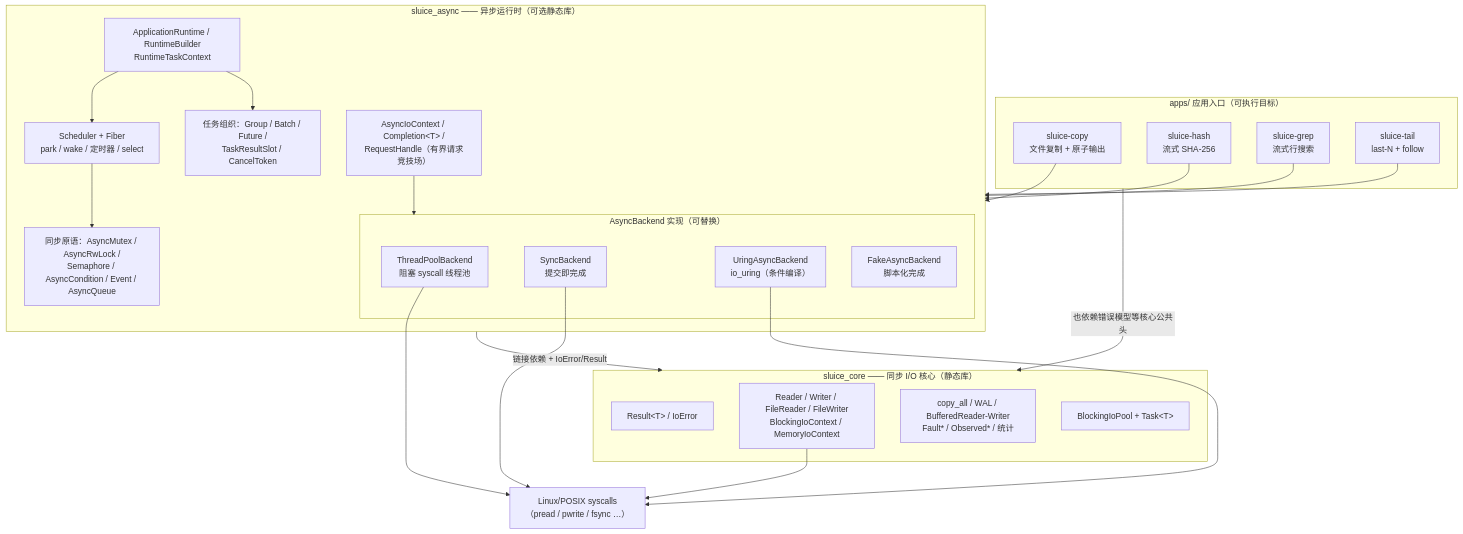
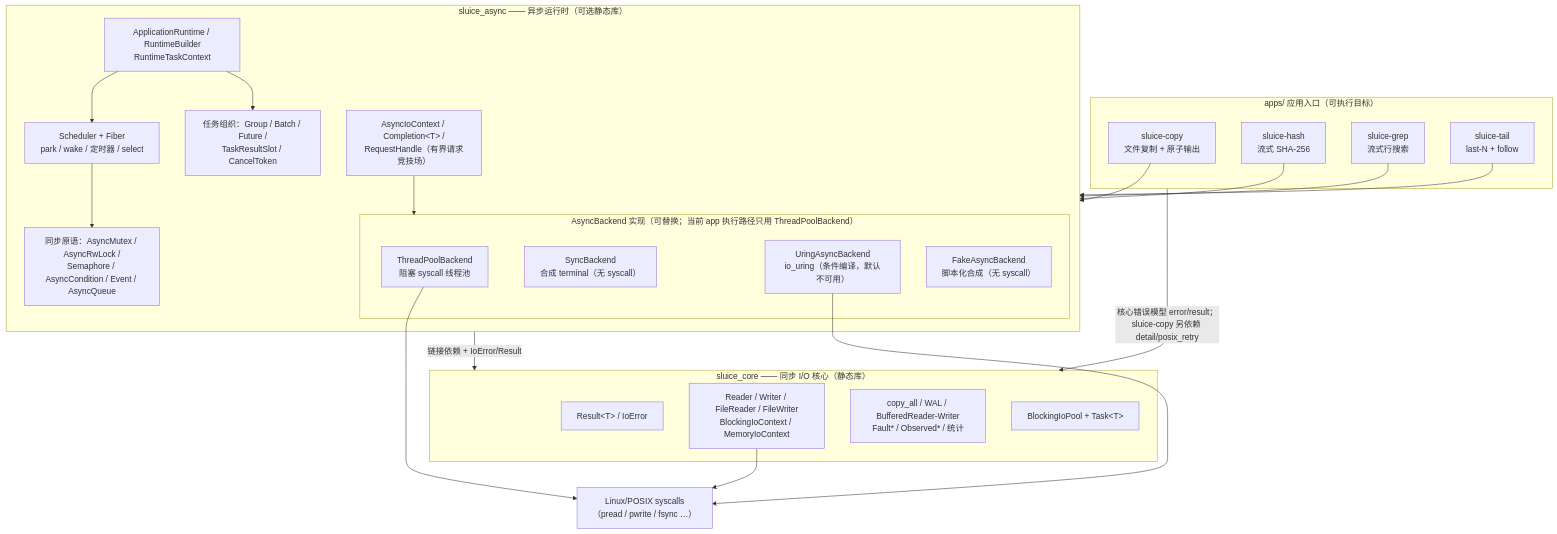
One commit to jnhu76/Sluice changed the first of 2 diagrams in docs/architecture.md. Above: the diagram before and after it, drawn with Mermaid. The commit also changed other lines of this file, not shown here.

Commit message:
docs: correct reconstructed architecture facts

````diff
--- a/docs/architecture.md
+++ b/docs/architecture.md
@@ -42,47 +42,46 @@
 ```mermaid
 graph TD
     subgraph APPS["apps/ 应用入口（可执行目标）"]
         COPY["sluice-copy<br/>文件复制 + 原子输出"]
         HASH["sluice-hash<br/>流式 SHA-256"]
         GREP["sluice-grep<br/>流式行搜索"]
         TAIL["sluice-tail<br/>last-N + follow"]
     end
 
     subgraph ASYNC["sluice_async —— 异步运行时（可选静态库）"]
         RT["ApplicationRuntime / RuntimeBuilder<br/>RuntimeTaskContext"]
         SCHED["Scheduler + Fiber<br/>park / wake / 定时器 / select"]
         PRIM["同步原语：AsyncMutex / AsyncRwLock /<br/>Semaphore / AsyncCondition / Event / AsyncQueue"]
         ORG["任务组织：Group / Batch / Future /<br/>TaskResultSlot / CancelToken"]
         CTX["AsyncIoContext / Completion&lt;T&gt; /<br/>RequestHandle（有界请求竞技场）"]
-        subgraph BACKENDS["AsyncBackend 实现（可替换）"]
+        subgraph BACKENDS["AsyncBackend 实现（可替换；当前 app 执行路径只用 ThreadPoolBackend）"]
             TP["ThreadPoolBackend<br/>阻塞 syscall 线程池"]
-            SB["SyncBackend<br/>提交即完成"]
-            UB["UringAsyncBackend<br/>io_uring（条件编译）"]
-            FB["FakeAsyncBackend<br/>脚本化完成"]
+            SB["SyncBackend<br/>合成 terminal（无 syscall）"]
+            UB["UringAsyncBackend<br/>io_uring（条件编译，默认不可用）"]
+            FB["FakeAsyncBackend<br/>脚本化合成（无 syscall）"]
         end
     end
 
     subgraph CORE["sluice_core —— 同步 I/O 核心（静态库）"]
         ERR["Result&lt;T&gt; / IoError"]
         RW["Reader / Writer / FileReader / FileWriter<br/>BlockingIoContext / MemoryIoContext"]
         COMB["copy_all / WAL / BufferedReader-Writer<br/>Fault* / Observed* / 统计"]
         POOL["BlockingIoPool + Task&lt;T&gt;"]
     end
 
     OS["Linux/POSIX syscalls<br/>（pread / pwrite / fsync …）"]
 
     COPY --> ASYNC
     HASH --> ASYNC
     GREP --> ASYNC
     TAIL --> ASYNC
-    APPS -->|"也依赖错误模型等核心公共头"| CORE
+    APPS -->|"核心错误模型 error/result；sluice-copy 另依赖 detail/posix_retry"| CORE
     ASYNC -->|"链接依赖 + IoError/Result"| CORE
     CTX --> BACKENDS
     RT --> SCHED
     RT --> ORG
     SCHED --> PRIM
     TP --> OS
-    SB --> OS
     UB --> OS
     RW --> OS
 ```
````
